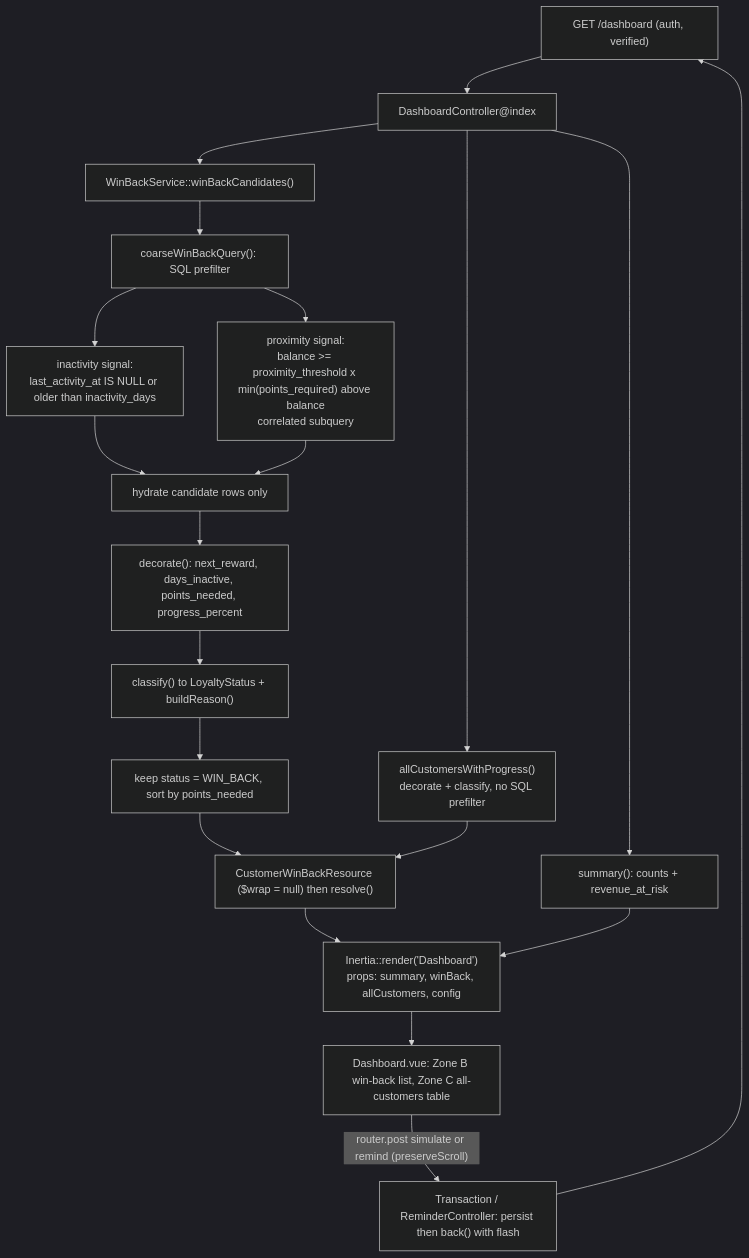
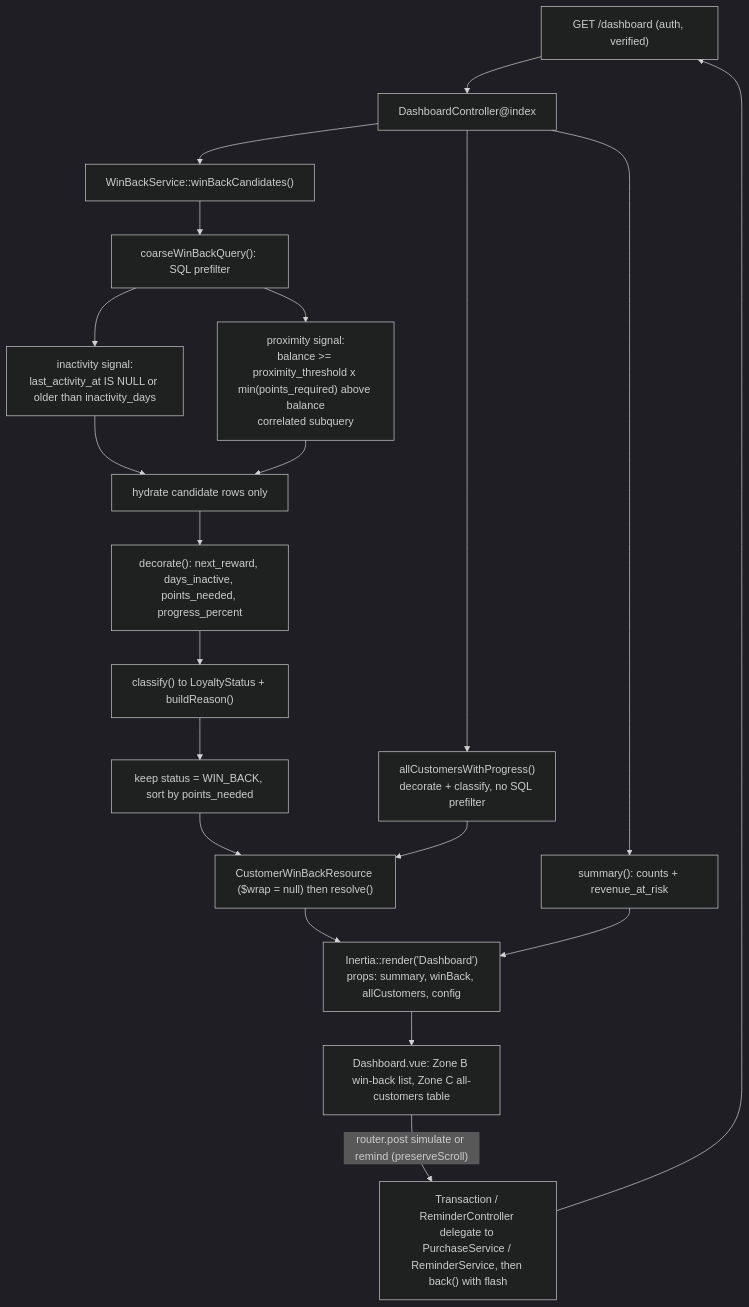
Before and after one commit to Fernand-TCHASSEM/Kangaroo-Loyalty-Retention: the diagram in docs/ARCHITECTURE.md, drawn with Mermaid (dark theme). The commit also changed other lines of this file and 3 other files, not shown here.

First line of the commit message:
Update docs for the PurchaseService/ReminderService split

````diff
--- a/docs/ARCHITECTURE.md
+++ b/docs/ARCHITECTURE.md
@@ -117,22 +132,22 @@
 ```mermaid
 flowchart TD
     REQ["GET /dashboard (auth, verified)"] --> CTRL["DashboardController@index"]
     CTRL --> SVC["WinBackService::winBackCandidates()"]
     CTRL --> ALL["allCustomersWithProgress()<br/>decorate + classify, no SQL prefilter"]
     CTRL --> SUM["summary(): counts + revenue_at_risk"]
     SVC --> SQL["coarseWinBackQuery(): SQL prefilter"]
     SQL --> SIG1["inactivity signal:<br/>last_activity_at IS NULL or older than inactivity_days"]
     SQL --> SIG2["proximity signal:<br/>balance >= proximity_threshold x min(points_required) above balance<br/>correlated subquery"]
     SIG1 --> HYD["hydrate candidate rows only"]
     SIG2 --> HYD
     HYD --> DEC["decorate(): next_reward, days_inactive, points_needed, progress_percent"]
     DEC --> CLS["classify() to LoyaltyStatus + buildReason()"]
     CLS --> KEEP["keep status = WIN_BACK, sort by points_needed"]
     KEEP --> RES["CustomerWinBackResource ($wrap = null) then resolve()"]
     ALL --> RES
     RES --> RENDER["Inertia::render('Dashboard')<br/>props: summary, winBack, allCustomers, config"]
     SUM --> RENDER
     RENDER --> VUE["Dashboard.vue: Zone B win-back list, Zone C all-customers table"]
-    VUE -->|"router.post simulate or remind (preserveScroll)"| WRITE["Transaction / ReminderController: persist then back() with flash"]
+    VUE -->|"router.post simulate or remind (preserveScroll)"| WRITE["Transaction / ReminderController delegate to PurchaseService / ReminderService, then back() with flash"]
     WRITE --> REQ
 ```
````
